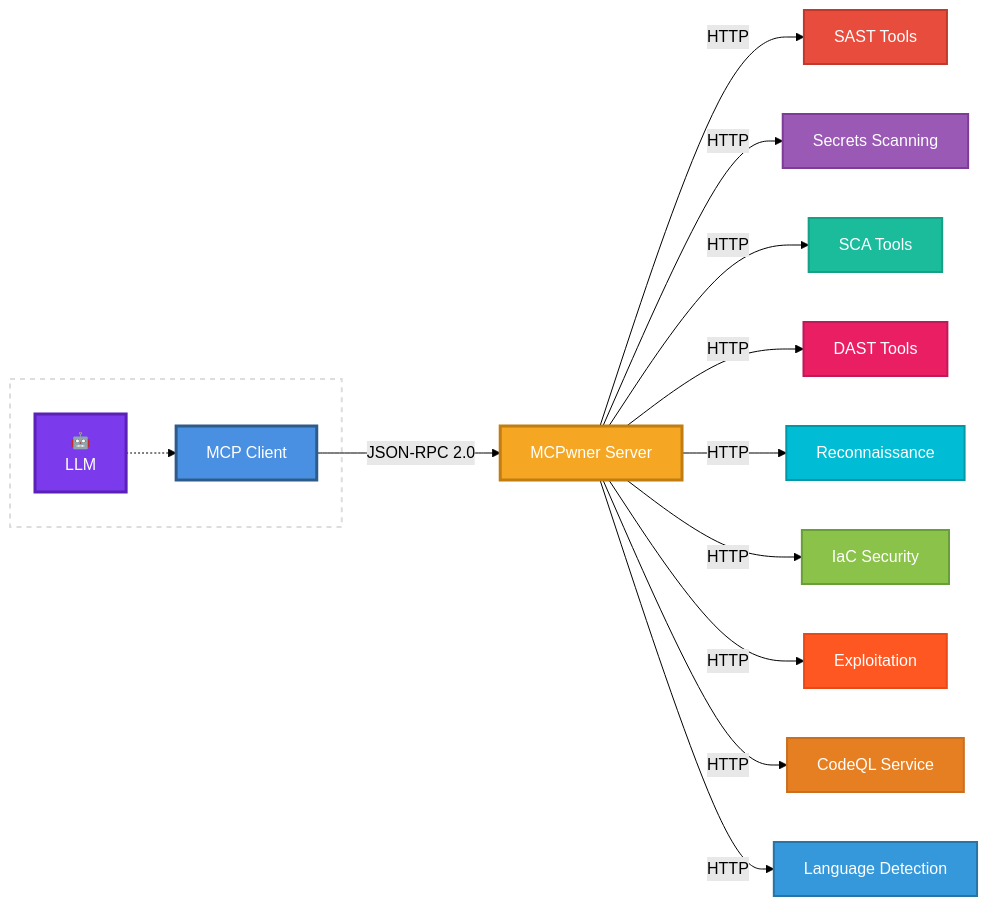
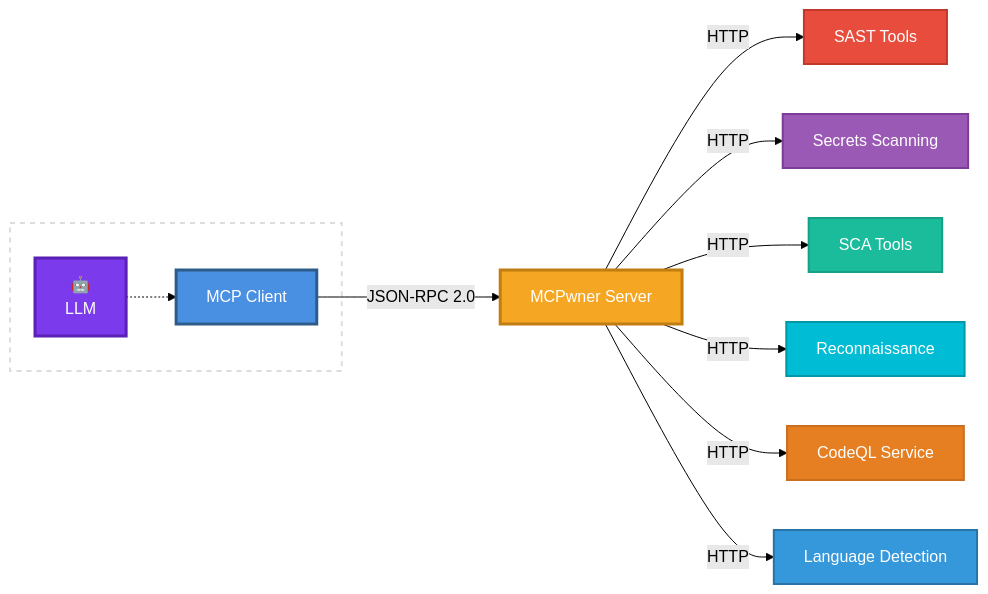
The first of 2 diagrams in README.md (Pigyon/MCPwner), drawn with Mermaid (forest theme) before and after one commit. The commit also changed other lines of this file and 7 other files, not shown here.

````diff
--- a/README.md
+++ b/README.md
@@ -262,45 +266,36 @@
 ```mermaid
 graph LR
     subgraph IDE[" "]
         LLM[🤖<br/>LLM]
         Client[MCP Client]
         LLM -.-> Client
     end
 
     Server[MCPwner Server]
 
     SAST[SAST Tools]
     Secrets[Secrets Scanning]
     SCA[SCA Tools]
-    DAST[DAST Tools]
     Recon[Reconnaissance]
-    IaC[IaC Security]
-    Exploit[Exploitation]
     CodeQL[CodeQL Service]
     Linguist[Language Detection]
 
     Client -->|JSON-RPC 2.0| Server
     Server -->|HTTP| SAST
     Server -->|HTTP| Secrets
     Server -->|HTTP| SCA
-    Server -->|HTTP| DAST
     Server -->|HTTP| Recon
-    Server -->|HTTP| IaC
-    Server -->|HTTP| Exploit
     Server -->|HTTP| CodeQL
     Server -->|HTTP| Linguist
 
     style LLM fill:#7C3AED,stroke:#5B21B6,stroke-width:3px,color:#fff
     style Client fill:#4A90E2,stroke:#2E5C8A,stroke-width:3px,color:#fff
     style Server fill:#F5A623,stroke:#C17D11,stroke-width:3px,color:#fff
     style SAST fill:#E74C3C,stroke:#C0392B,stroke-width:2px,color:#fff
     style Secrets fill:#9B59B6,stroke:#7D3C98,stroke-width:2px,color:#fff
     style SCA fill:#1ABC9C,stroke:#16A085,stroke-width:2px,color:#fff
-    style DAST fill:#E91E63,stroke:#C2185B,stroke-width:2px,color:#fff
     style Recon fill:#00BCD4,stroke:#0097A7,stroke-width:2px,color:#fff
-    style IaC fill:#8BC34A,stroke:#689F38,stroke-width:2px,color:#fff
-    style Exploit fill:#FF5722,stroke:#E64A19,stroke-width:2px,color:#fff
     style CodeQL fill:#E67E22,stroke:#CA6F1E,stroke-width:2px,color:#fff
     style Linguist fill:#3498DB,stroke:#2874A6,stroke-width:2px,color:#fff
     style IDE fill:none,stroke:#ddd,stroke-width:2px,stroke-dasharray: 5 5
 ```
````
